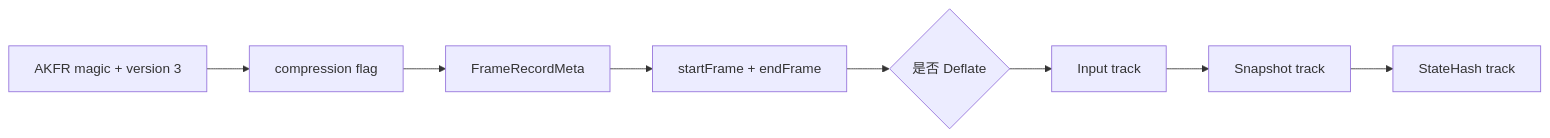
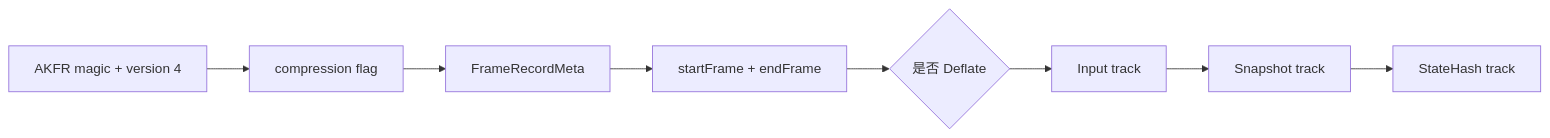
The second of 4 diagrams in Docs/design/07-NetworkSynchronization/06-FrameRecordCodecAndSmokeEvidence.md (HOBOBO/AbilityKit), drawn with Mermaid before and after one commit. The commit also changed other lines of this file and 328 other files, not shown here.

````diff
--- a/Docs/design/07-NetworkSynchronization/06-FrameRecordCodecAndSmokeEvidence.md
+++ b/Docs/design/07-NetworkSynchronization/06-FrameRecordCodecAndSmokeEvidence.md
@@ -80,10 +80,10 @@
 ```mermaid
 flowchart LR
-    Header[AKFR magic + version 3] --> Compression[compression flag]
+    Header[AKFR magic + version 4] --> Compression[compression flag]
     Compression --> Meta[FrameRecordMeta]
     Meta --> Range[startFrame + endFrame]
     Range --> Payload{是否 Deflate}
     Payload --> Inputs[Input track]
     Inputs --> Snapshots[Snapshot track]
     Snapshots --> Hashes[StateHash track]
 ```
````
